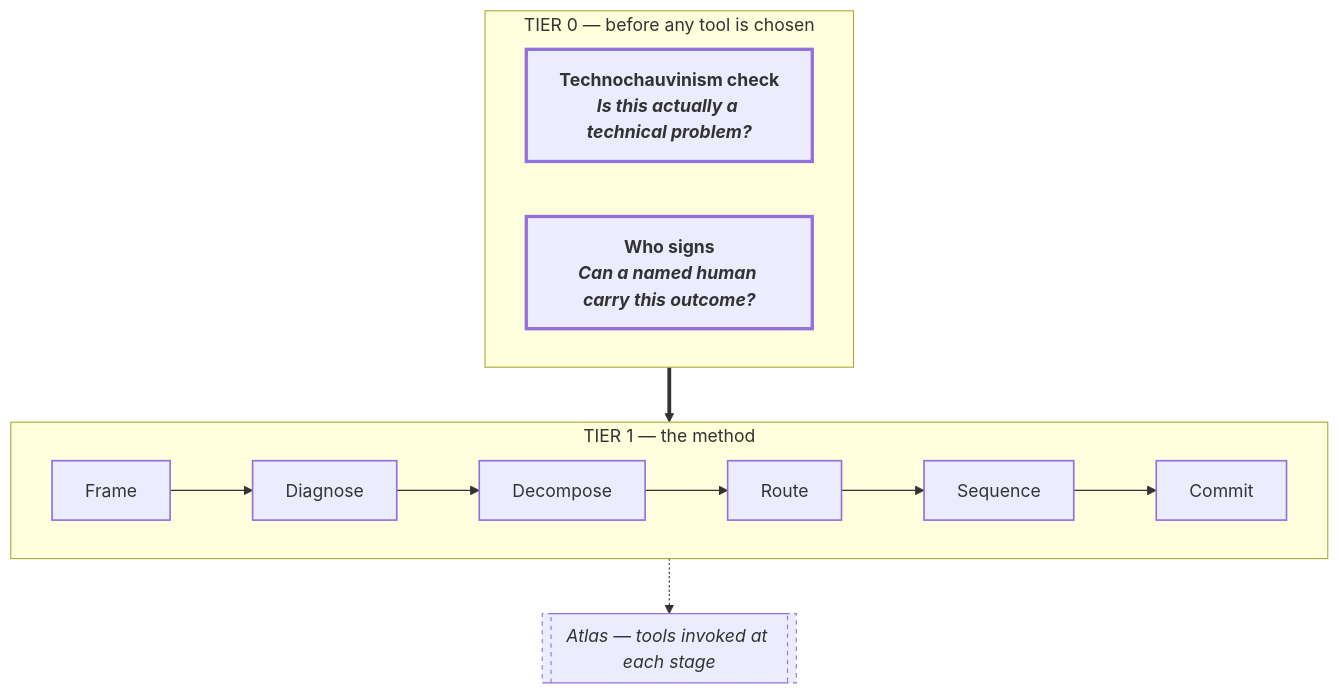
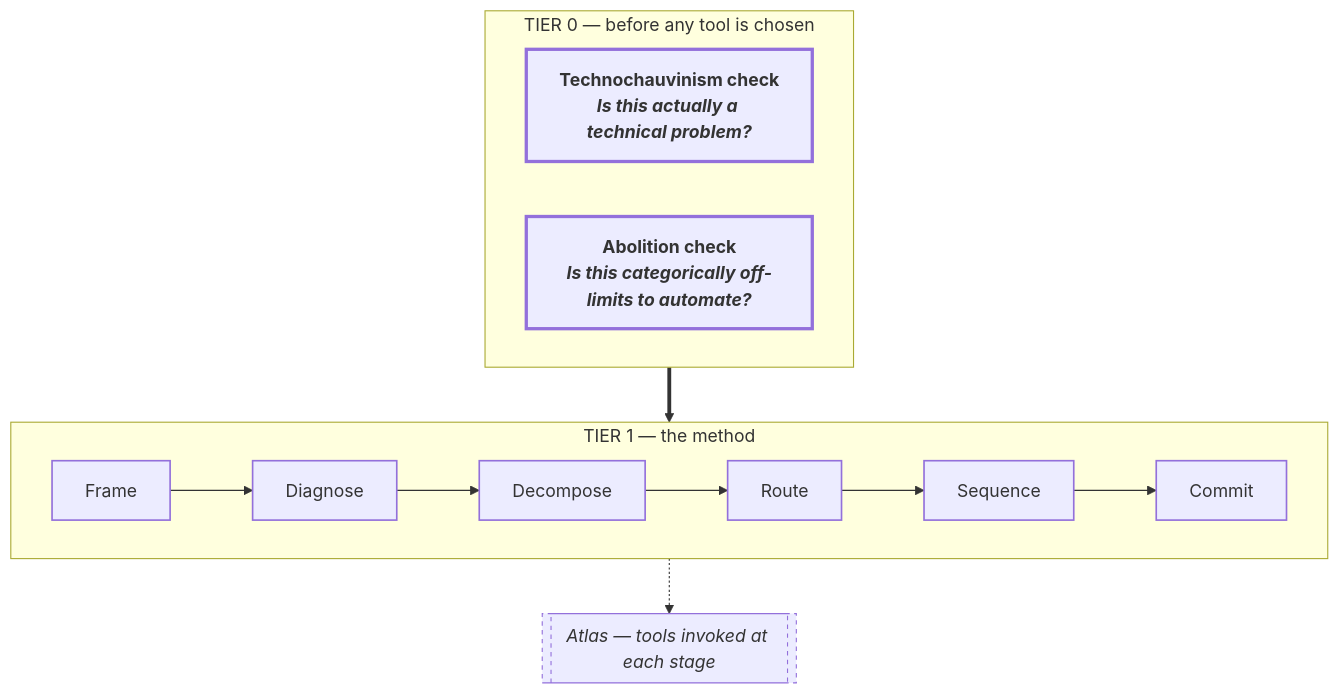
One commit to saviranta/know-when-to-ai changed the diagram in docs/ch-1.md. Above: the diagram before and after it, drawn with Mermaid. The commit also changed other lines of this file and 3 other files, not shown here.

First line of the commit message:
Narrow Tier-0 Gate 2 to abolition check; move controls viability into G3

````diff
--- a/docs/ch-1.md
+++ b/docs/ch-1.md
@@ -53,24 +53,24 @@
 ```mermaid
 flowchart TD
   subgraph TIER0["TIER 0 &mdash; before any tool is chosen"]
     direction LR
     G1["<b>Technochauvinism check</b><br/><i>Is this actually a technical problem?</i>"]
-    G2["<b>Who signs</b><br/><i>Can a named human carry this outcome?</i>"]
+    G2["<b>Abolition check</b><br/><i>Is this categorically off-limits to automate?</i>"]
   end
 
   TIER0 ==> SPINE
 
   subgraph SPINE["TIER 1 &mdash; the method"]
     direction LR
     S1[Frame] --> S2[Diagnose] --> S3[Decompose] --> S4[Route] --> S5[Sequence] --> S6[Commit]
   end
 
   SPINE -.-> ATLAS[["Atlas &mdash; tools invoked at each stage"]]
 
   classDef tier0Gate stroke-width:3px,font-weight:bold;
   classDef tier1Stage stroke-width:1.5px;
   classDef atlasNote stroke-dasharray:4 4,stroke-width:1px,font-style:italic;
   class G1,G2 tier0Gate;
   class S1,S2,S3,S4,S5,S6 tier1Stage;
   class ATLAS atlasNote;
 ```
````
